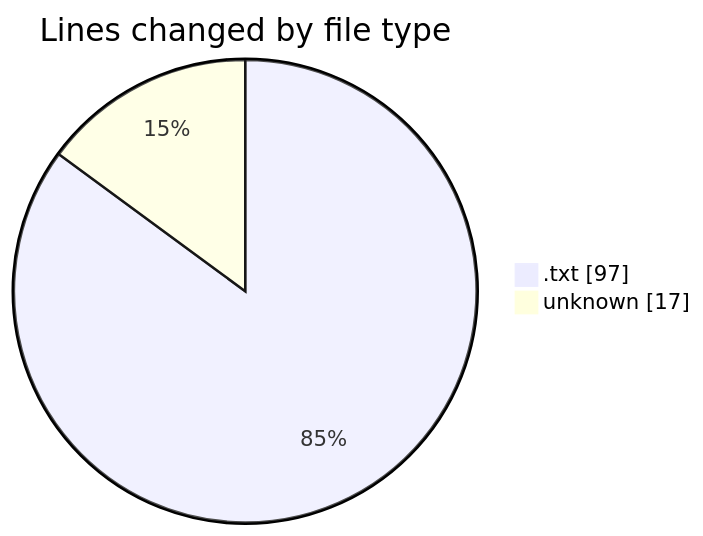
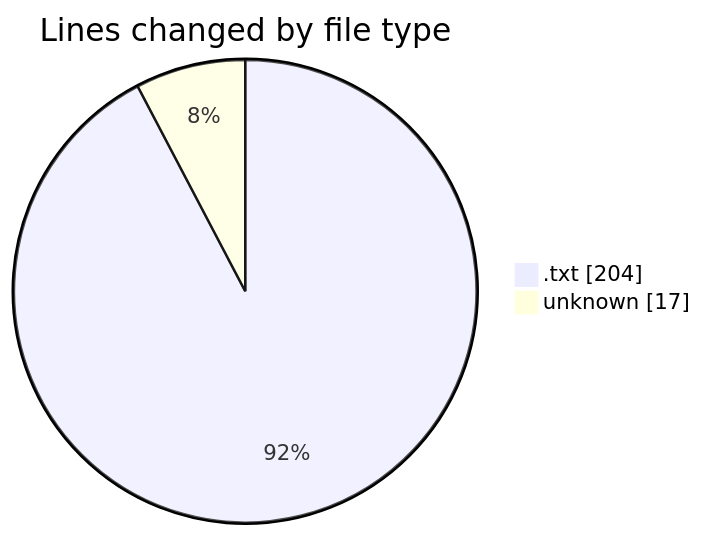
One commit to Netris89/code-tracking changed the first of 2 diagrams in 2025-04-27/utilities/README.md. Above: the diagram before and after it, drawn with Mermaid. The commit also changed other lines of this file and 1 other file, not shown here.

````diff
--- a/2025-04-27/utilities/README.md
+++ b/2025-04-27/utilities/README.md
@@ -25,6 +27,6 @@
 ```mermaid
 pie showData
 title Lines changed by file type
-".txt" : 97
+".txt" : 204
 "unknown" : 17
 ```
````
